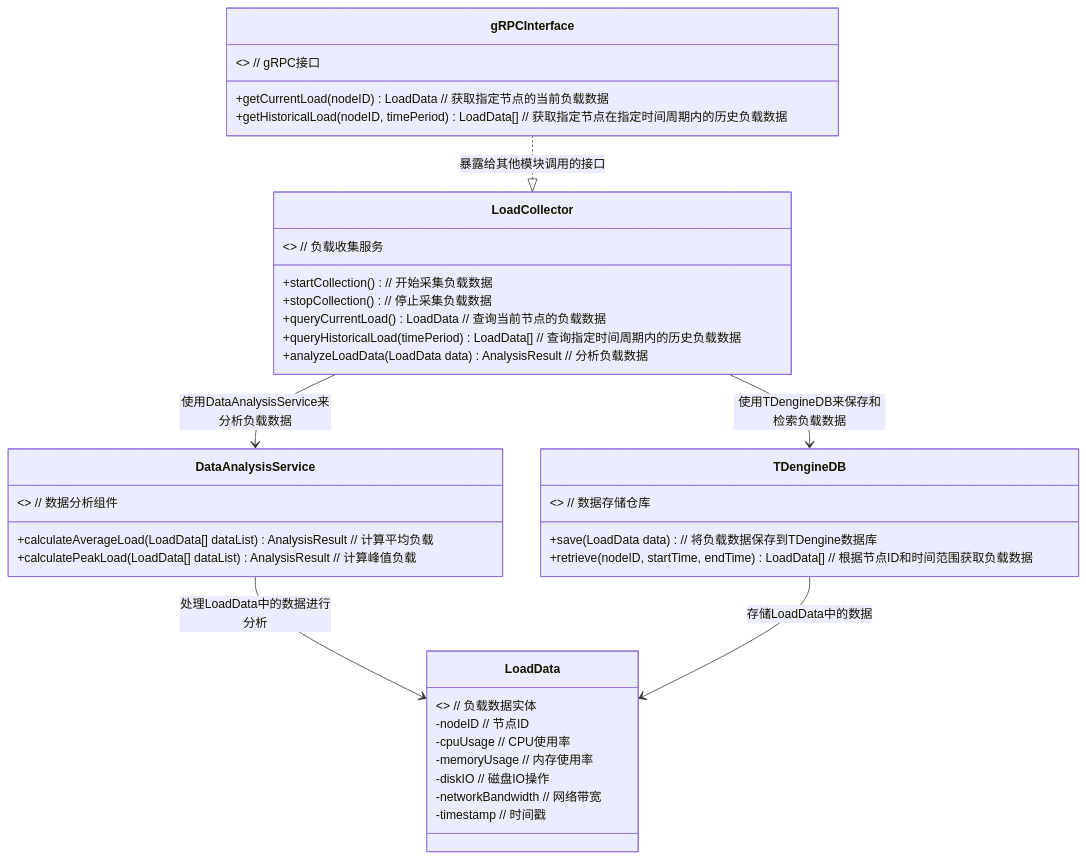
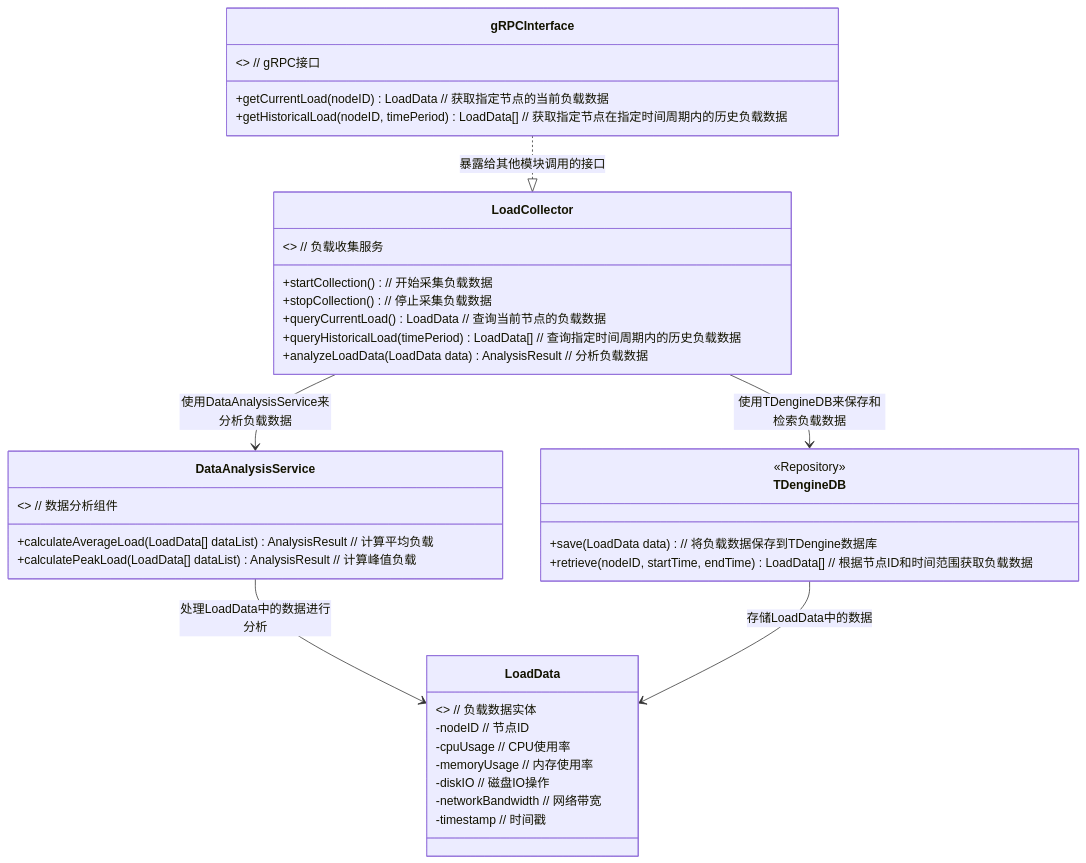
The diagram in all/未命名.md (jjj960/iodraw-files), drawn with Mermaid before and after one commit.

Commit message:
2025-03-06 16:59:10 update

````diff
--- a/all/未命名.md
+++ b/all/未命名.md
@@ -1,46 +1,46 @@
 ```mermaid
 classDiagram
     class LoadCollector {
         <<Service>>  // 负载收集服务
         +startCollection()  // 开始采集负载数据
         +stopCollection()  // 停止采集负载数据
         +queryCurrentLoad() LoadData  // 查询当前节点的负载数据
         +queryHistoricalLoad(timePeriod) LoadData[]  // 查询指定时间周期内的历史负载数据
         +analyzeLoadData(LoadData data) AnalysisResult  // 分析负载数据
     }
 
     class LoadData {
         <<Entity>>  // 负载数据实体
         -nodeID  // 节点ID
         -cpuUsage  // CPU使用率
         -memoryUsage  // 内存使用率
         -diskIO  // 磁盘IO操作
         -networkBandwidth  // 网络带宽
         -timestamp  // 时间戳
     }
 
     class TDengineDB {
-        <<Repository>>  // 数据存储仓库
+        <<Repository>>
         +save(LoadData data)  // 将负载数据保存到TDengine数据库
         +retrieve(nodeID, startTime, endTime) LoadData[]  // 根据节点ID和时间范围获取负载数据
     }
 
     class DataAnalysisService {
         <<Component>>  // 数据分析组件
         +calculateAverageLoad(LoadData[] dataList) AnalysisResult  // 计算平均负载
         +calculatePeakLoad(LoadData[] dataList) AnalysisResult  // 计算峰值负载
     }
 
     LoadCollector --> TDengineDB : 使用TDengineDB来保存和检索负载数据
     LoadCollector --> DataAnalysisService : 使用DataAnalysisService来分析负载数据
     DataAnalysisService --> LoadData : 处理LoadData中的数据进行分析
     TDengineDB --> LoadData : 存储LoadData中的数据
 
     class gRPCInterface {
         <<Interface>>  // gRPC接口
         +getCurrentLoad(nodeID) LoadData  // 获取指定节点的当前负载数据
         +getHistoricalLoad(nodeID, timePeriod) LoadData[]  // 获取指定节点在指定时间周期内的历史负载数据
     }
 
     gRPCInterface ..|> LoadCollector : 暴露给其他模块调用的接口
 ```
````
